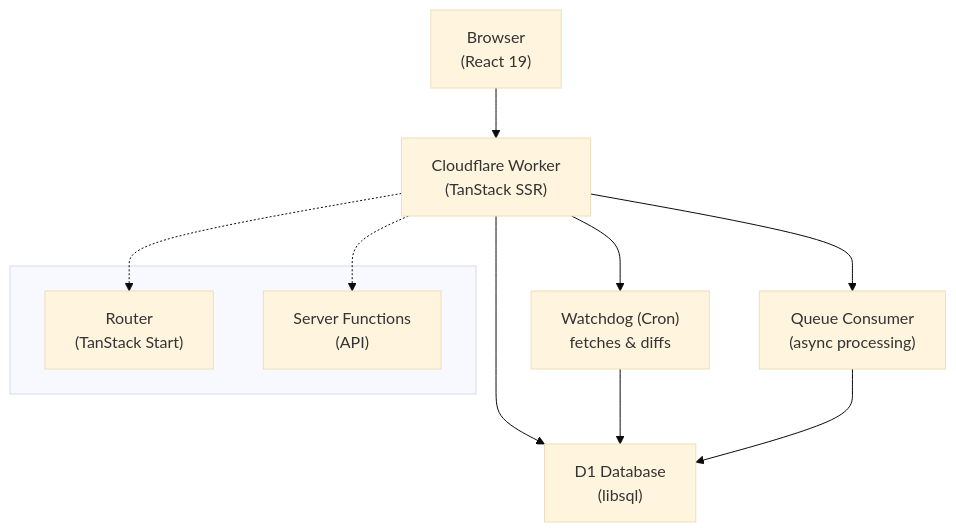
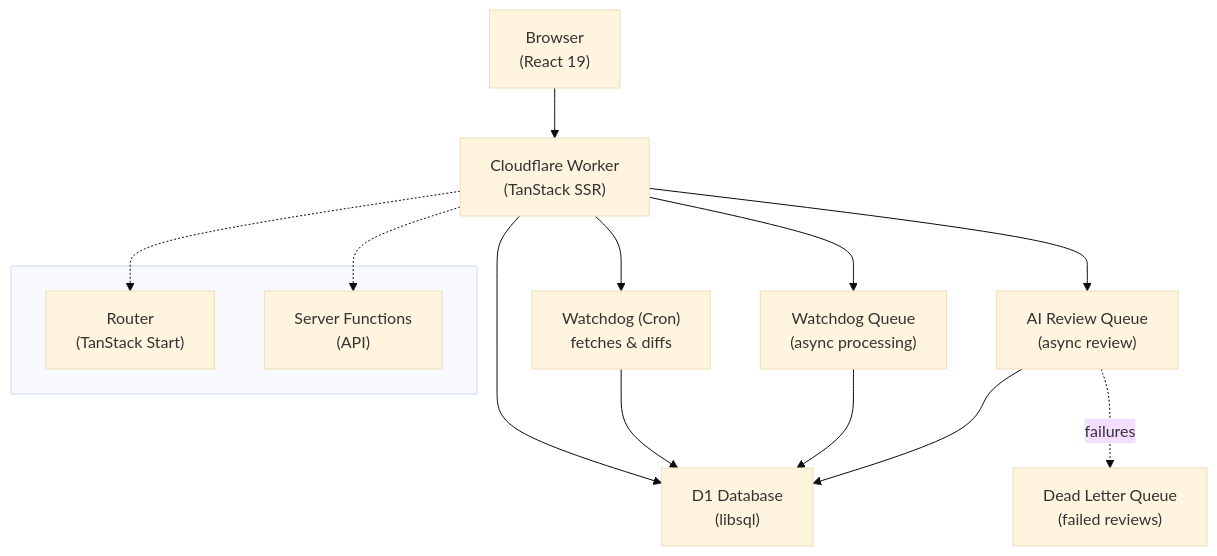
The diagram in README.md (lynicis/PrivacyGPT), drawn with Mermaid (base theme) before and after one commit. The commit also changed other lines of this file and 12 other files, not shown here.

````diff
--- a/README.md
+++ b/README.md
@@ -42,23 +43,28 @@
 ```mermaid
 flowchart TD
     Browser["Browser\n(React 19)"]
     Worker["Cloudflare Worker\n(TanStack SSR)"]
     D1["D1 Database\n(libsql)"]
     Watchdog["Watchdog (Cron)\nfetches & diffs"]
-    Queue["Queue Consumer\n(async processing)"]
+    WatchdogQueue["Watchdog Queue\n(async processing)"]
+    AIReviewQueue["AI Review Queue\n(async review)"]
+    DLQ["Dead Letter Queue\n(failed reviews)"]
 
     Browser --> Worker
     Worker --> D1
 
     subgraph WorkerInternal [" "]
         Router["Router\n(TanStack Start)"]
         ServerFns["Server Functions\n(API)"]
     end
     Worker -.-> Router
     Worker -.-> ServerFns
 
     Worker --> Watchdog
-    Worker --> Queue
+    Worker --> WatchdogQueue
+    Worker --> AIReviewQueue
     Watchdog --> D1
-    Queue --> D1
+    WatchdogQueue --> D1
+    AIReviewQueue --> D1
+    AIReviewQueue -.->|failures| DLQ
 ```
````
